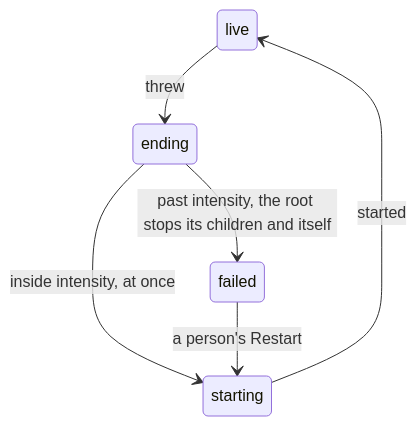
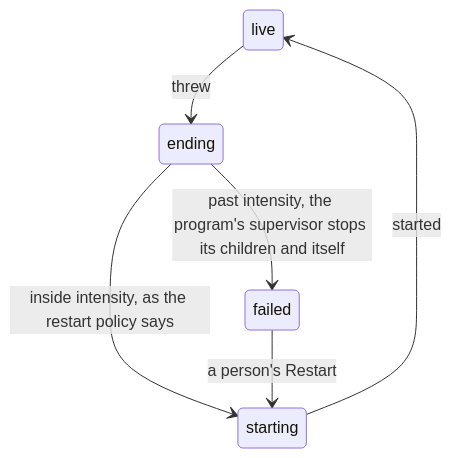
Before and after one commit to kamp-us/tea-fabrika: the second of 2 diagrams in .decisions/0016-tier-1-supervision-is-otps-top-level-supervisor.md, drawn with Mermaid. The commit also changed other lines of this file and 15 other files, not shown here.

````diff
--- a/.decisions/0016-tier-1-supervision-is-otps-top-level-supervisor.md
+++ b/.decisions/0016-tier-1-supervision-is-otps-top-level-supervisor.md
@@ -28,8 +28,8 @@
 ```mermaid
 stateDiagram-v2
   live --> ending: threw
-  ending --> starting: inside intensity, at once
-  ending --> failed: past intensity, the root stops its children and itself
+  ending --> starting: inside intensity, as the restart policy says
+  ending --> failed: past intensity, the program's supervisor stops its children and itself
   failed --> starting: a person's Restart
   starting --> live: started
 ```
````
